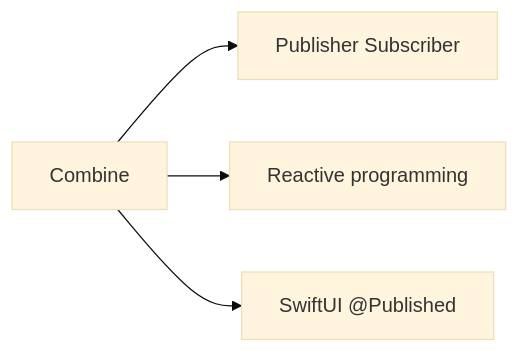
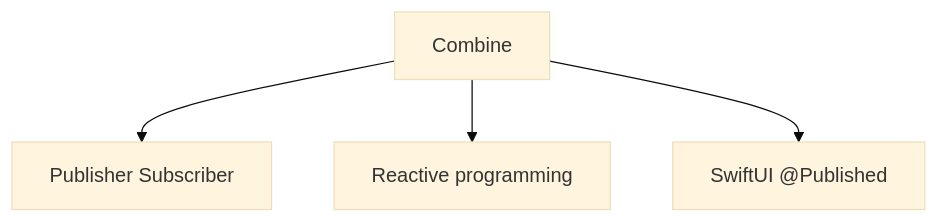
Before and after one commit to zyrass/omnydocs: diagram 11 of 45 in docs/glossaire/developpement-mobile.md, drawn with Mermaid (base theme). The commit also changed other lines of this file and 959 other files, not shown here.

````diff
--- a/docs/glossaire/developpement-mobile.md
+++ b/docs/glossaire/developpement-mobile.md
@@ -342,6 +379,6 @@
-    ```mermaid
-    graph LR
-        A[Combine] --> B[Publisher Subscriber]
-        A --> C[Reactive programming]
-        A --> D[SwiftUI @Published]
-    ```
+```mermaid
+flowchart TB
+    A[Combine] --> B["Publisher Subscriber"]
+    A --> C["Reactive programming"]
+    A --> D["SwiftUI @Published"]
+```
````
